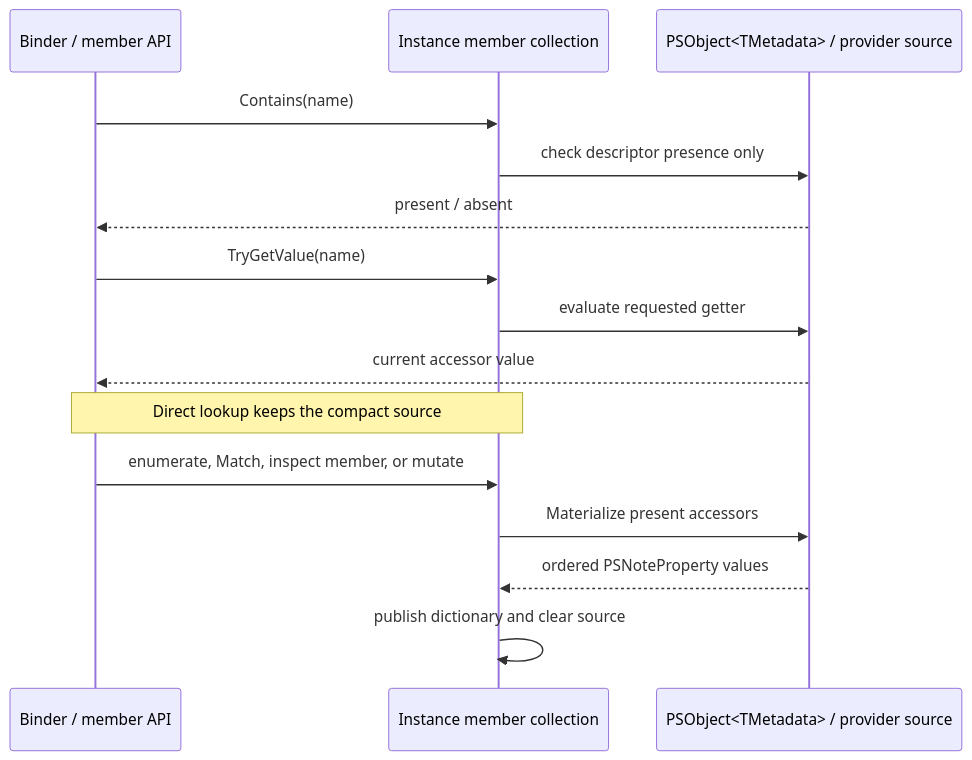
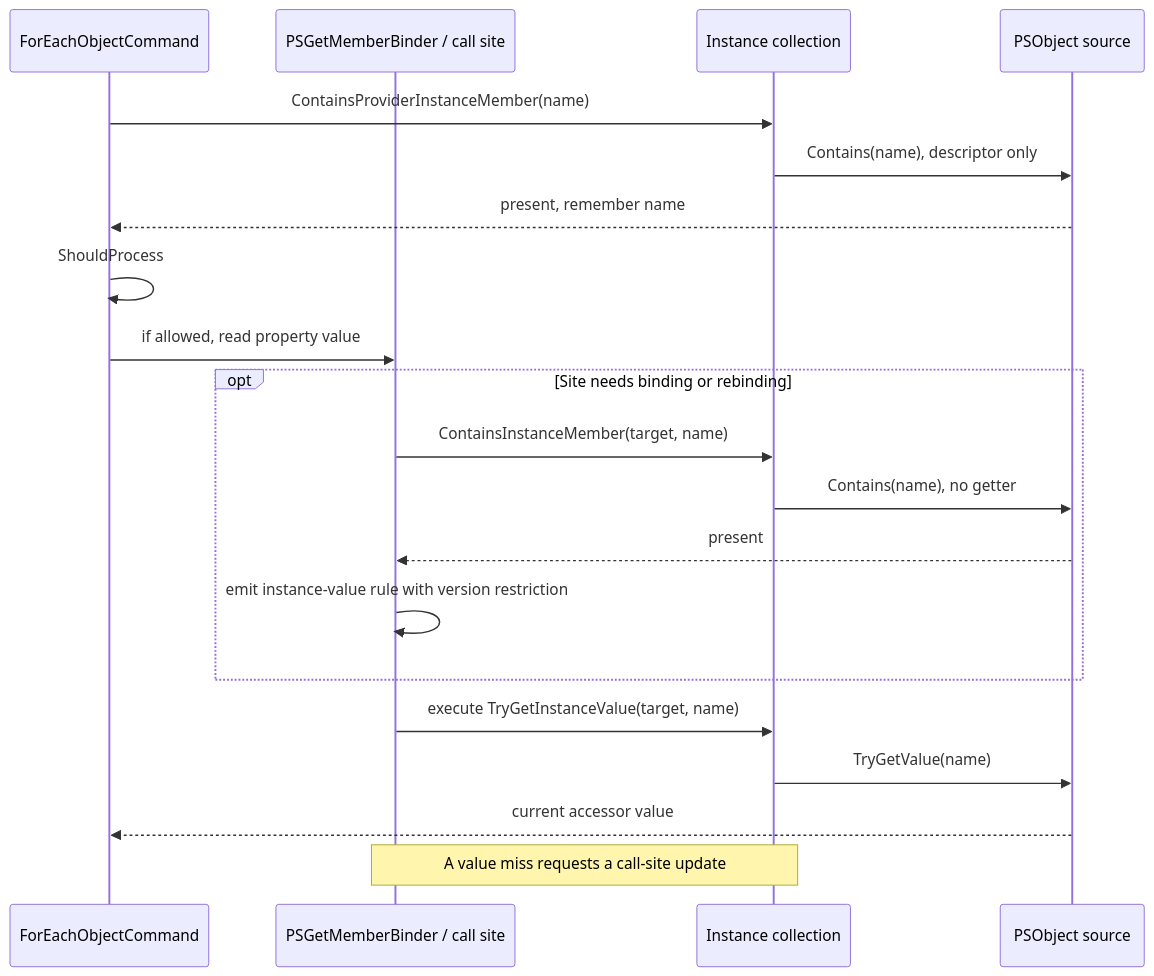
The fourth of 5 diagrams in docs/building/provider-instance-metadata.md (PowerShell/PowerShell), drawn with Mermaid before and after one commit. The commit also changed other lines of this file and 8 other files, not shown here.

````diff
--- a/docs/building/provider-instance-metadata.md
+++ b/docs/building/provider-instance-metadata.md
@@ -114,17 +258,22 @@
 ```mermaid
 sequenceDiagram
-    participant B as Binder / member API
-    participant C as Instance member collection
-    participant W as PSObject<TMetadata> / provider source
-    B->>C: Contains(name)
-    C->>W: check descriptor presence only
-    W-->>B: present / absent
-    B->>C: TryGetValue(name)
-    C->>W: evaluate requested getter
-    W-->>B: current accessor value
-    Note over B,C: Direct lookup keeps the compact source
-    B->>C: enumerate, Match, inspect member, or mutate
-    C->>W: Materialize present accessors
-    W-->>C: ordered PSNoteProperty values
-    C->>C: publish dictionary and clear source
+    participant F as ForEachObjectCommand
+    participant B as PSGetMemberBinder / call site
+    participant C as Instance collection
+    participant W as PSObject source
+    F->>C: ContainsProviderInstanceMember(name)
+    C->>W: Contains(name), descriptor only
+    W-->>F: present, remember name
+    F->>F: ShouldProcess
+    F->>B: if allowed, read property value
+    opt Site needs binding or rebinding
+        B->>C: ContainsInstanceMember(target, name)
+        C->>W: Contains(name), no getter
+        W-->>B: present
+        B->>B: emit instance-value rule with version restriction
+    end
+    B->>C: execute TryGetInstanceValue(target, name)
+    C->>W: TryGetValue(name)
+    W-->>F: current accessor value
+    Note over B,C: A value miss requests a call-site update
 ```
````
